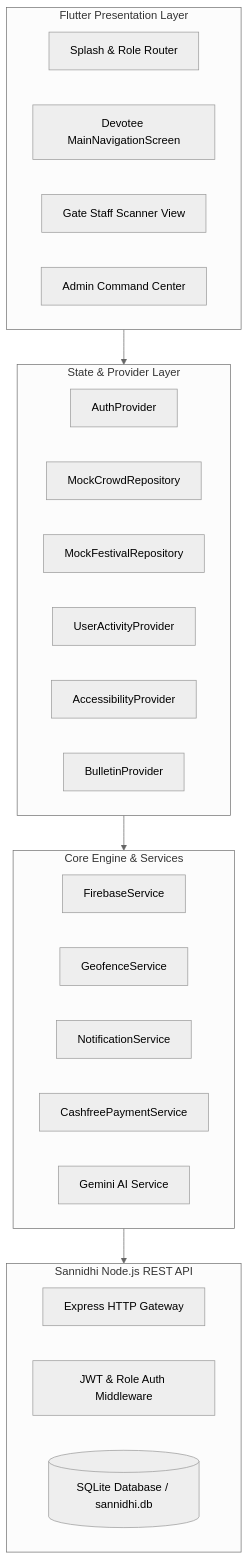
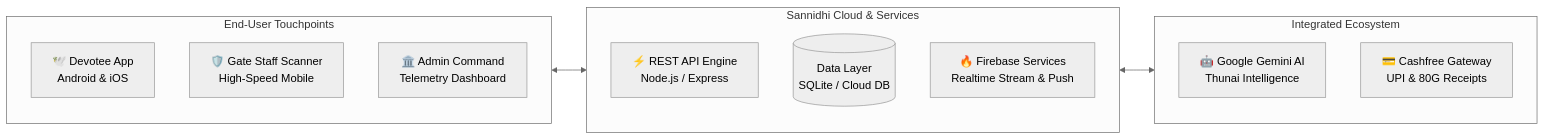
The diagram in README.md (Tectonic-s/Sannidhi), drawn with Mermaid (neutral theme) before and after one commit. The commit also changed other lines of this file and 1 other file, not shown here.

````diff
--- a/README.md
+++ b/README.md
@@ -177,36 +114,22 @@
 ```mermaid
-flowchart TD
-    subgraph Client [Flutter Presentation Layer]
-        A[Splash & Role Router]
-        B[Devotee MainNavigationScreen]
-        C[Gate Staff Scanner View]
-        D[Admin Command Center]
+flowchart LR
+    subgraph Users [End-User Touchpoints]
+        A[🕊️ Devotee App<br/>Android & iOS]
+        B[🛡️ Gate Staff Scanner<br/>High-Speed Mobile]
+        C[🏛️ Admin Command<br/>Telemetry Dashboard]
     end
 
-    subgraph State [State & Provider Layer]
-        E[AuthProvider]
-        F[MockCrowdRepository]
-        G[MockFestivalRepository]
-        H[UserActivityProvider]
-        I[AccessibilityProvider]
-        J[BulletinProvider]
+    subgraph Core [Sannidhi Cloud & Services]
+        D[⚡ REST API Engine<br/>Node.js / Express]
+        E[(Data Layer<br/>SQLite / Cloud DB)]
+        F[🔥 Firebase Services<br/>Realtime Stream & Push]
     end
 
-    subgraph Core [Core Engine & Services]
-        K[FirebaseService]
-        L[GeofenceService]
-        M[NotificationService]
-        N[CashfreePaymentService]
-        O[Gemini AI Service]
+    subgraph External [Integrated Ecosystem]
+        G[🤖 Google Gemini AI<br/>Thunai Intelligence]
+        H[💳 Cashfree Gateway<br/>UPI & 80G Receipts]
     end
 
-    subgraph Backend [Sannidhi Node.js REST API]
-        P[Express HTTP Gateway]
-        Q[JWT & Role Auth Middleware]
-        R[(SQLite Database / sannidhi.db)]
-    end
-
-    Client --> State
-    State --> Core
-    Core --> Backend
+    Users <--> Core
+    Core <--> External
 ```
````
